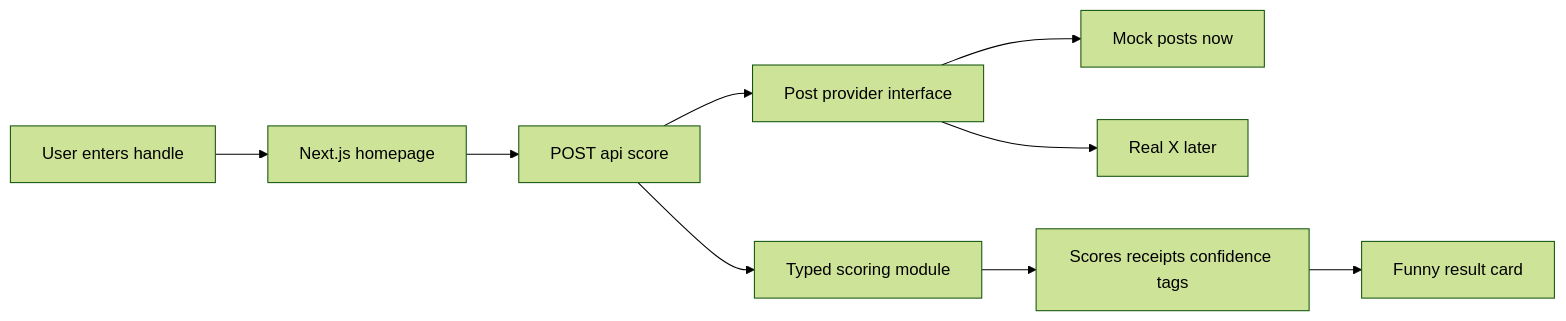
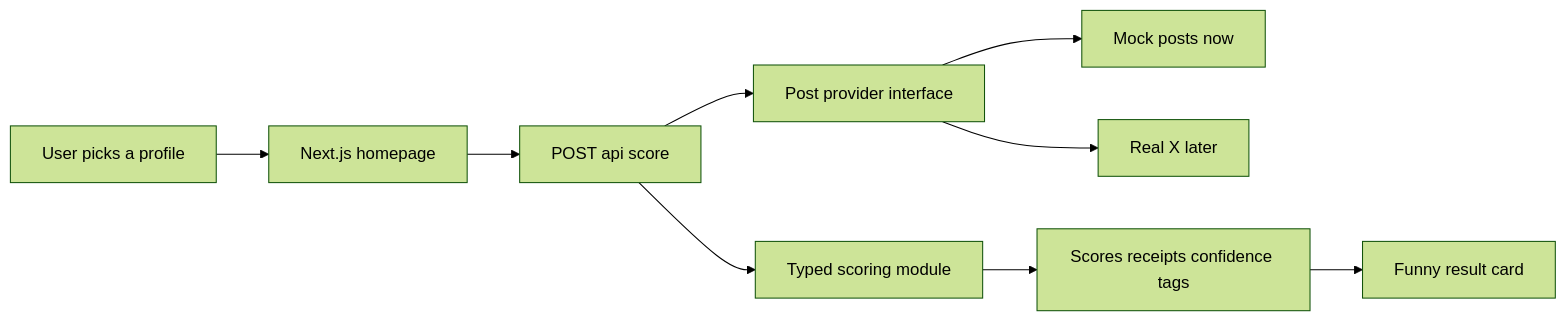
Before and after one commit to ethan-frost-xyz/slow-venture-slop-sesh: the diagram in .cursor/plans/slop-sentiment-mvp_09d55d56.plan.md, drawn with Mermaid (forest theme). The commit also changed other lines of this file and 7 other files, not shown here.

Commit message:
Update README and components to clarify slop alignment score for X profiles. Changed terminology from "posting-style similarity" to "slop alignment score" across various files, including layout, result card, and home components. Enhanced demo instructions and UI text for better user understanding.

````diff
--- a/.cursor/plans/slop-sentiment-mvp_09d55d56.plan.md
+++ b/.cursor/plans/slop-sentiment-mvp_09d55d56.plan.md
@@ -62,11 +62,11 @@
 ```mermaid
 flowchart LR
-  User[User enters handle] --> HomePage[Next.js homepage]
+  User[User picks a profile] --> HomePage[Next.js homepage]
   HomePage --> ScoreApi[POST api score]
   ScoreApi --> Provider[Post provider interface]
   Provider --> MockProvider[Mock posts now]
   Provider --> XProvider[Real X later]
   ScoreApi --> Scorer[Typed scoring module]
   Scorer --> Result[Scores receipts confidence tags]
   Result --> Card[Funny result card]
 ```
````
